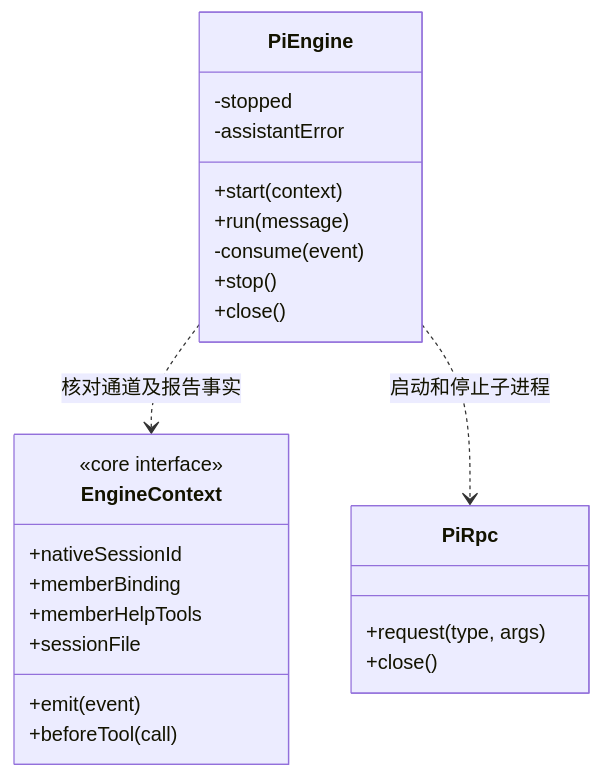
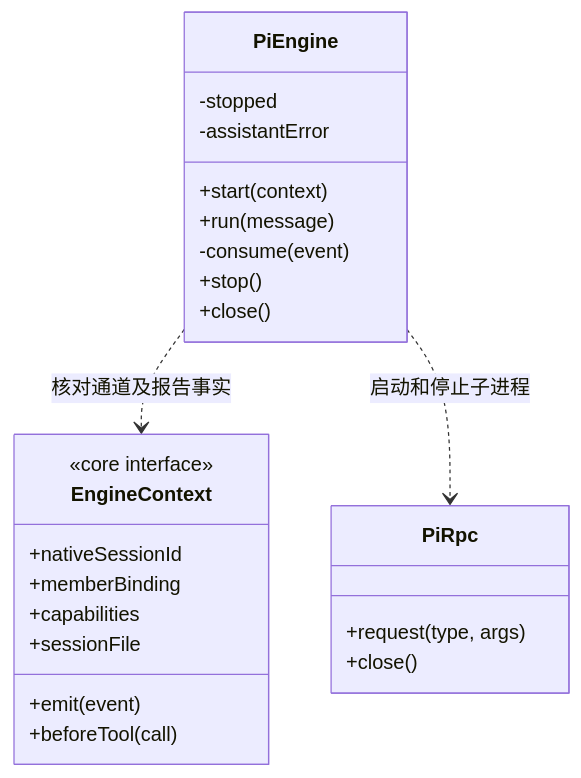
One commit to nan023062/cbim changed the ninth of 9 diagrams in src/backend/core/brain/pi/ARCHITECTURE.md. Above: the diagram before and after it, drawn with Mermaid. The commit also changed other lines of this file and 356 other files, not shown here.

First line of the commit message:
chore: preserve architecture remediation before desktop 0.1.7 alignment

````diff
--- a/src/backend/core/brain/pi/ARCHITECTURE.md
+++ b/src/backend/core/brain/pi/ARCHITECTURE.md
@@ -261,27 +261,27 @@
 ```mermaid
 classDiagram
 class PiEngine {
   -stopped
   -assistantError
   +start(context)
   +run(message)
   -consume(event)
   +stop()
   +close()
 }
 class EngineContext {
   <<core interface>>
   +nativeSessionId
   +memberBinding
-  +memberHelpTools
+  +capabilities
   +sessionFile
   +emit(event)
   +beforeTool(call)
 }
 class PiRpc {
   +request(type, args)
   +close()
 }
 PiEngine ..> EngineContext : 核对通道及报告事实
 PiEngine ..> PiRpc : 启动和停止子进程
 ```
````
